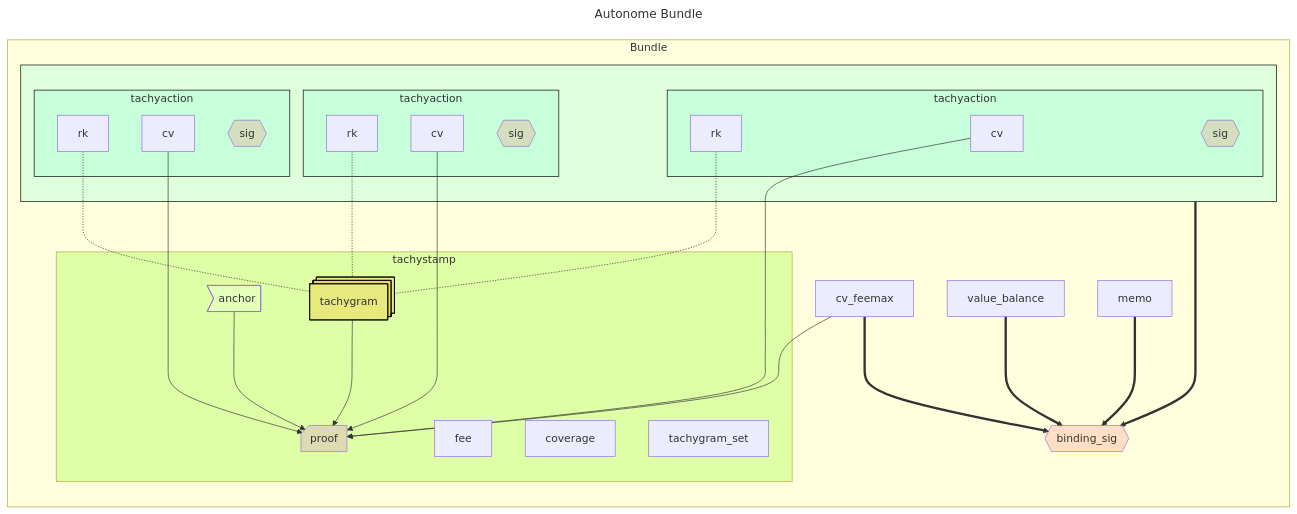
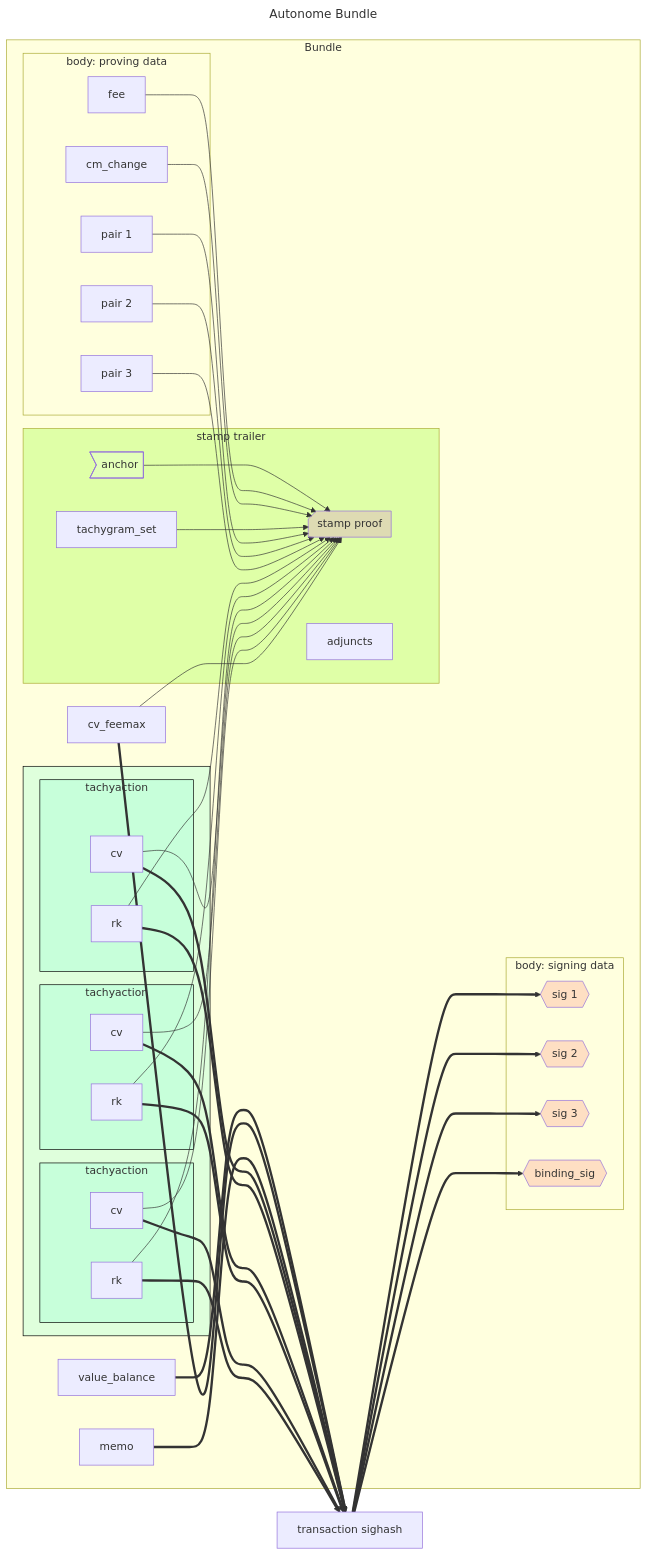
The diagram in book/src/bundle.md (tachyon-zcash/tachyon), drawn with Mermaid before and after one commit. The commit also changed other lines of this file and 31 other files, not shown here.

````diff
--- a/book/src/bundle.md
+++ b/book/src/bundle.md
@@ -82,70 +87,78 @@
 ```mermaid
 ---
 title: Autonome Bundle
 ---
 flowchart LR
 classDef signature fill:#fa807240
 classDef optional fill:#d3d3d340,stroke-dasharray: 5 5
 
 style tachyaction1 fill:#7fffd440,stroke:black
 style tachyaction2 fill:#7fffd440,stroke:black
 style tachyaction3 fill:#7fffd440,stroke:black
 style tachyaction_vec fill:#7fffd440,stroke:black
 
-style tachygram_vec fill:#ffa50040,stroke:black
-style proof fill:#da70d640
+style stamp_proof fill:#da70d640
 style anchor fill:#f0fff040
 
 style tachystamp fill:#7fff0040
 
 subgraph shielded_data["Bundle"]
 
     subgraph tachyaction_vec[" "]
 
         subgraph tachyaction1["tachyaction"]
             cv1["cv"]
             rk1["rk"]
-            sig1:::signature@{shape: hex, label: "sig"}
         end
 
        subgraph tachyaction2["tachyaction"]
             cv2["cv"]
             rk2["rk"]
-            sig2:::signature@{shape: hex, label: "sig"}
         end
 
        subgraph tachyaction3["tachyaction"]
             cv3["cv"]
             rk3["rk"]
-            sig3:::signature@{shape: hex, label: "sig"}
         end
     end
 
-    subgraph tachystamp
+    subgraph proving_data["body: proving data"]
+        tg1["pair 1"]
+        tg2["pair 2"]
+        tg3["pair 3"]
+        fee_change["cm_change"]
         fee
-        coverage
-        tachygram_set
-        anchor@{shape: odd}
-        proof@{shape: notch-rect}
-        tachygram_vec@{shape: procs, label: "tachygram"}
-
-        anchor ---> proof
-        tachygram_vec ---> proof
     end
 
-    rk1 & rk2 & rk3 -.- tachygram_vec
-    cv1 & cv2 & cv3 ---> proof
+    subgraph tachystamp["stamp trailer"]
+        tachygram_set
+        adjuncts
+        anchor@{shape: odd}
+        stamp_proof@{shape: notch-rect, label: "stamp proof"}
 
-    sig_binding:::signature@{shape: hex, label: "binding_sig"}
+        anchor ---> stamp_proof
+        fee & fee_change & tachygram_set ---> stamp_proof
+        tg1 & tg2 & tg3 ---> stamp_proof
+    end
+
+    rk1 & rk2 & rk3 ---> stamp_proof
+    cv1 & cv2 & cv3 ---> stamp_proof
+
+    subgraph signing_data["body: signing data"]
+        sig1:::signature@{shape: hex, label: "sig 1"}
+        sig2:::signature@{shape: hex, label: "sig 2"}
+        sig3:::signature@{shape: hex, label: "sig 3"}
+        sig_binding:::signature@{shape: hex, label: "binding_sig"}
+    end
     v_balance["value_balance"]
     cv_feemax["cv_feemax"]
     memo
 
-    cv_feemax ---> proof
+    cv_feemax ---> stamp_proof
 
-    v_balance ===> sig_binding
-    cv_feemax ===> sig_binding
-    memo ===> sig_binding
-    tachyaction_vec ===> sig_binding
 end
+
+    v_balance & cv_feemax & memo ===> sighash["transaction sighash"]
+    cv1 & rk1 & cv2 & rk2 & cv3 & rk3 ===> sighash
+    sighash ===> sig_binding & sig1 & sig2 & sig3
 ```
````
